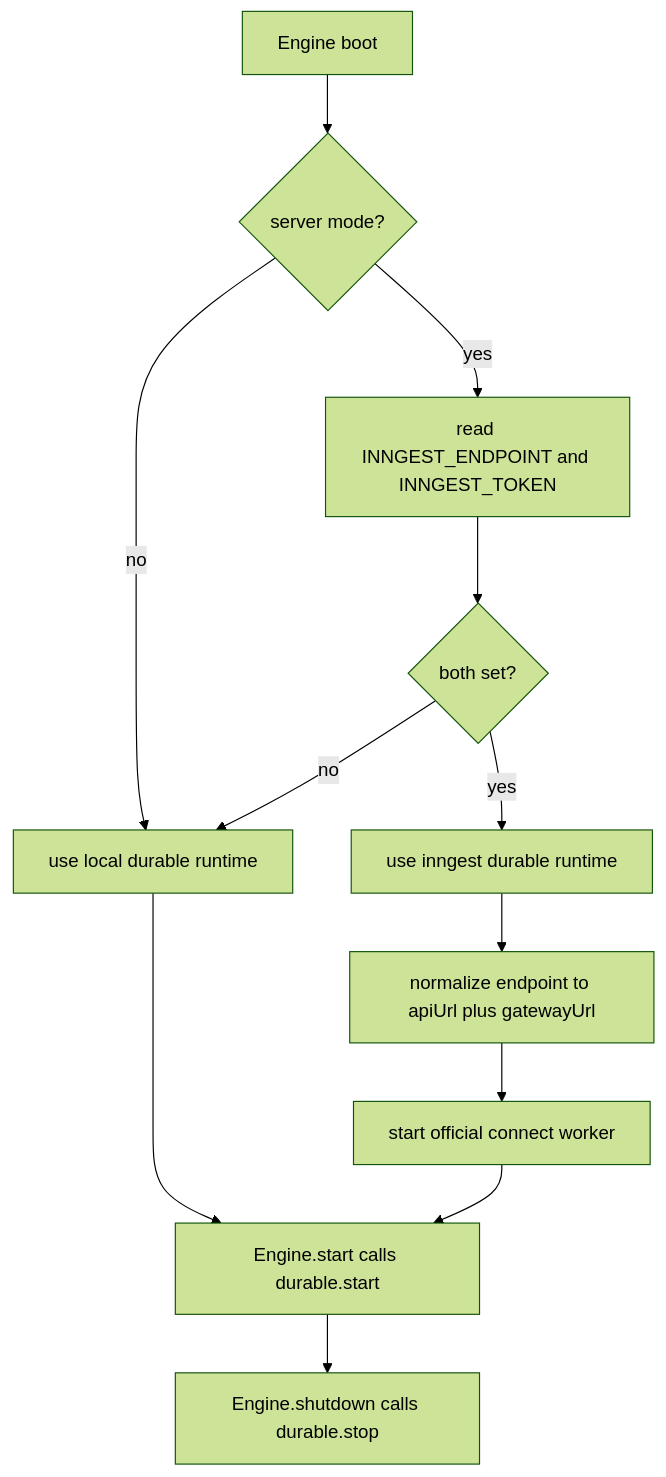
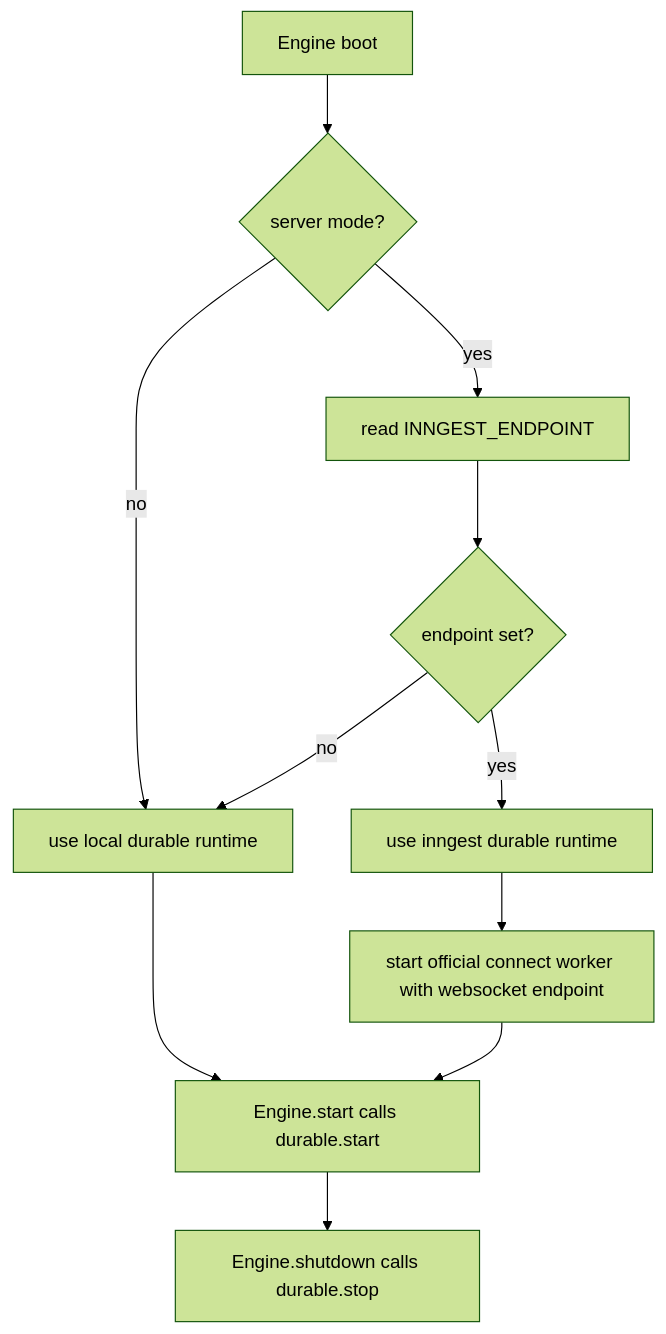
The diagram in doc/20260317-durable-runtime.md (ex3ndr/daycare), drawn with Mermaid (forest theme) before and after one commit. The commit also changed other lines of this file and 4 other files, not shown here.

Commit message:
refactor(daycare): use websocket durable endpoint

````diff
--- a/doc/20260317-durable-runtime.md
+++ b/doc/20260317-durable-runtime.md
@@ -12,14 +13,13 @@
 ```mermaid
 flowchart TD
     A[Engine boot] --> B{server mode?}
     B -->|no| C[use local durable runtime]
-    B -->|yes| D[read INNGEST_ENDPOINT and INNGEST_TOKEN]
-    D --> E{both set?}
+    B -->|yes| D[read INNGEST_ENDPOINT]
+    D --> E{endpoint set?}
     E -->|no| C
     E -->|yes| F[use inngest durable runtime]
-    F --> G[normalize endpoint to apiUrl plus gatewayUrl]
-    G --> H[start official connect worker]
+    F --> G[start official connect worker with websocket endpoint]
     C --> I[Engine.start calls durable.start]
-    H --> I
+    G --> I
     I --> J[Engine.shutdown calls durable.stop]
 ```
````
